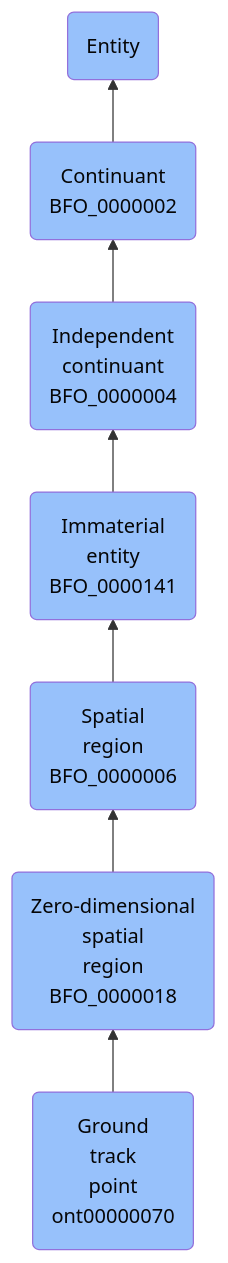
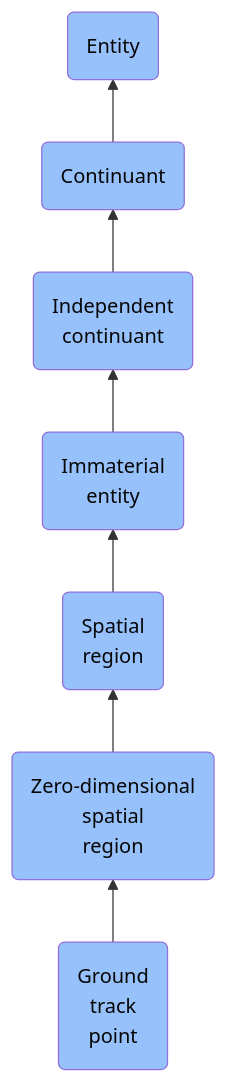
The diagram in docs/ontology/reference/model/Entity/Continuant/Independent continuant/Immaterial entity/Spatial region/Zero-dimensional spatial region/Ground track point/Ground track point.md (jupyter-naas/abi), drawn with Mermaid before and after one commit. The commit also changed other lines of this file and 1430 other files, not shown here.

````diff
--- a/docs/ontology/reference/model/Entity/Continuant/Independent continuant/Immaterial entity/Spatial region/Zero-dimensional spatial region/Ground track point/Ground track point.md
+++ b/docs/ontology/reference/model/Entity/Continuant/Independent continuant/Immaterial entity/Spatial region/Zero-dimensional spatial region/Ground track point/Ground track point.md
@@ -24,14 +24,14 @@
 ```mermaid
 graph BT
-    ont00000070(Ground<br>track<br>point<br>ont00000070):::BFO-->BFO_0000018
-    BFO_0000018(Zero-dimensional<br>spatial<br>region<br>BFO_0000018):::BFO-->BFO_0000006
-    BFO_0000006(Spatial<br>region<br>BFO_0000006):::BFO-->BFO_0000141
-    BFO_0000141(Immaterial<br>entity<br>BFO_0000141):::BFO-->BFO_0000004
-    BFO_0000004(Independent<br>continuant<br>BFO_0000004):::BFO-->BFO_0000002
-    BFO_0000002(Continuant<br>BFO_0000002):::BFO-->BFO_0000001
+    ont00000070(Ground<br>track<br>point):::BFO-->BFO_0000018
+    BFO_0000018(Zero-dimensional<br>spatial<br>region):::BFO-->BFO_0000006
+    BFO_0000006(Spatial<br>region):::BFO-->BFO_0000141
+    BFO_0000141(Immaterial<br>entity):::BFO-->BFO_0000004
+    BFO_0000004(Independent<br>continuant):::BFO-->BFO_0000002
+    BFO_0000002(Continuant):::BFO-->BFO_0000001
     BFO_0000001(Entity):::BFO
     
     classDef BFO fill:#97c1fb,color:#060606
     classDef CCO fill:#e4c51e,color:#060606
     classDef ABI fill:#48DD82,color:#060606
 ```
````
